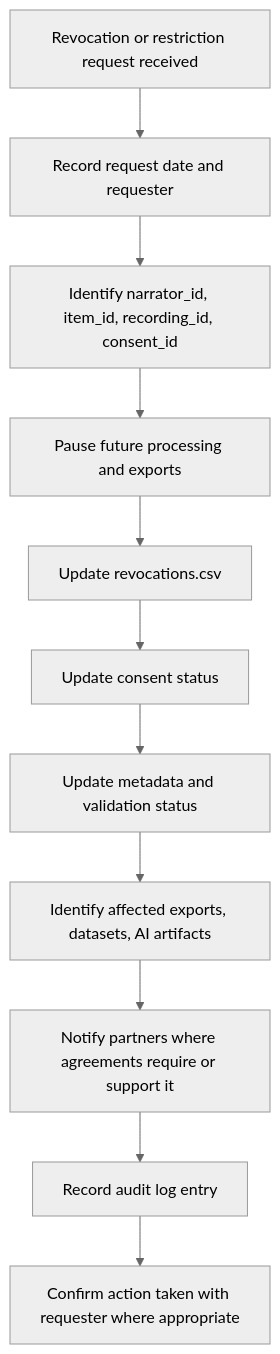
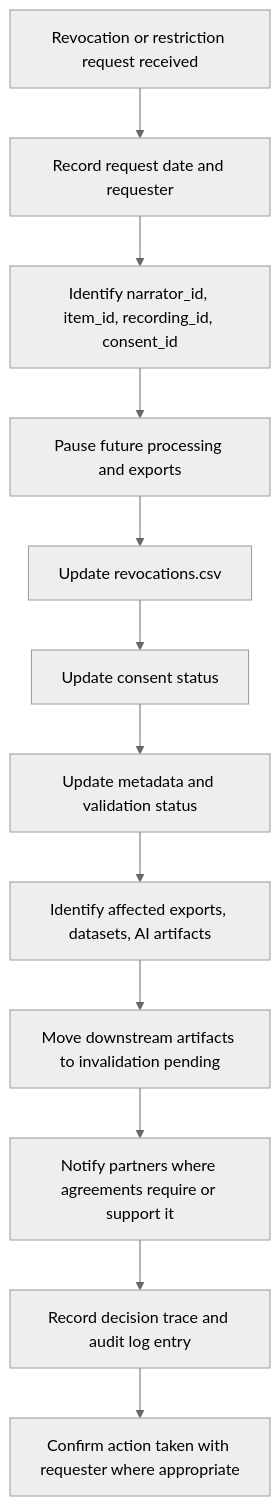
One commit to sifollahaslani/qashqai-voice-platform changed the diagram in governance/REVOCATION_WORKFLOW.md. Above: the diagram before and after it, drawn with Mermaid (neutral theme). The commit also changed other lines of this file and 12 other files, not shown here.

Commit message:
Harden governance schemas and enforcement artifacts

````diff
--- a/governance/REVOCATION_WORKFLOW.md
+++ b/governance/REVOCATION_WORKFLOW.md
@@ -11,13 +11,14 @@
 ```mermaid
 flowchart TD
   A["Revocation or restriction request received"] --> B["Record request date and requester"]
   B --> C["Identify narrator_id, item_id, recording_id, consent_id"]
   C --> D["Pause future processing and exports"]
   D --> E["Update revocations.csv"]
   E --> F["Update consent status"]
   F --> G["Update metadata and validation status"]
   G --> H["Identify affected exports, datasets, AI artifacts"]
-  H --> I["Notify partners where agreements require or support it"]
-  I --> J["Record audit log entry"]
-  J --> K["Confirm action taken with requester where appropriate"]
+  H --> I["Move downstream artifacts to invalidation pending"]
+  I --> J["Notify partners where agreements require or support it"]
+  J --> K["Record decision trace and audit log entry"]
+  K --> L["Confirm action taken with requester where appropriate"]
 ```
````
